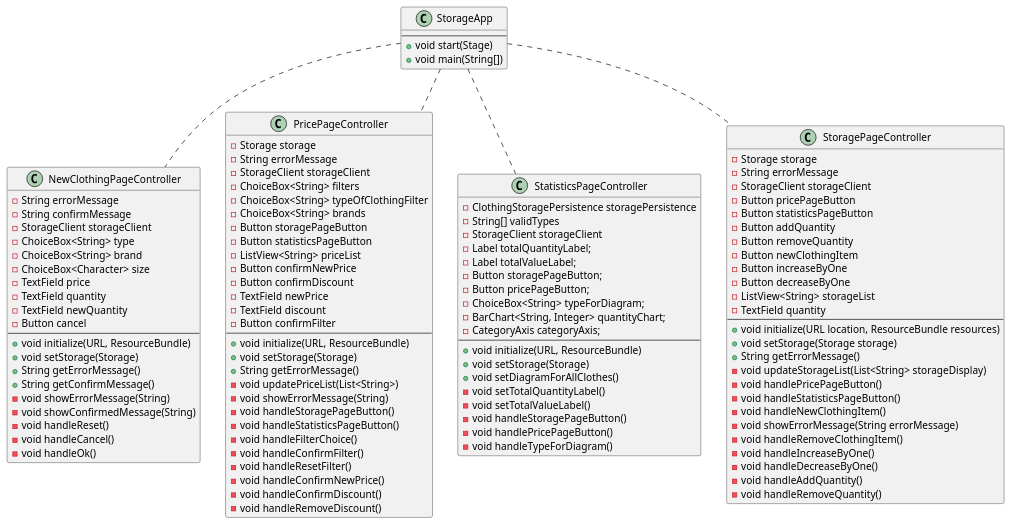
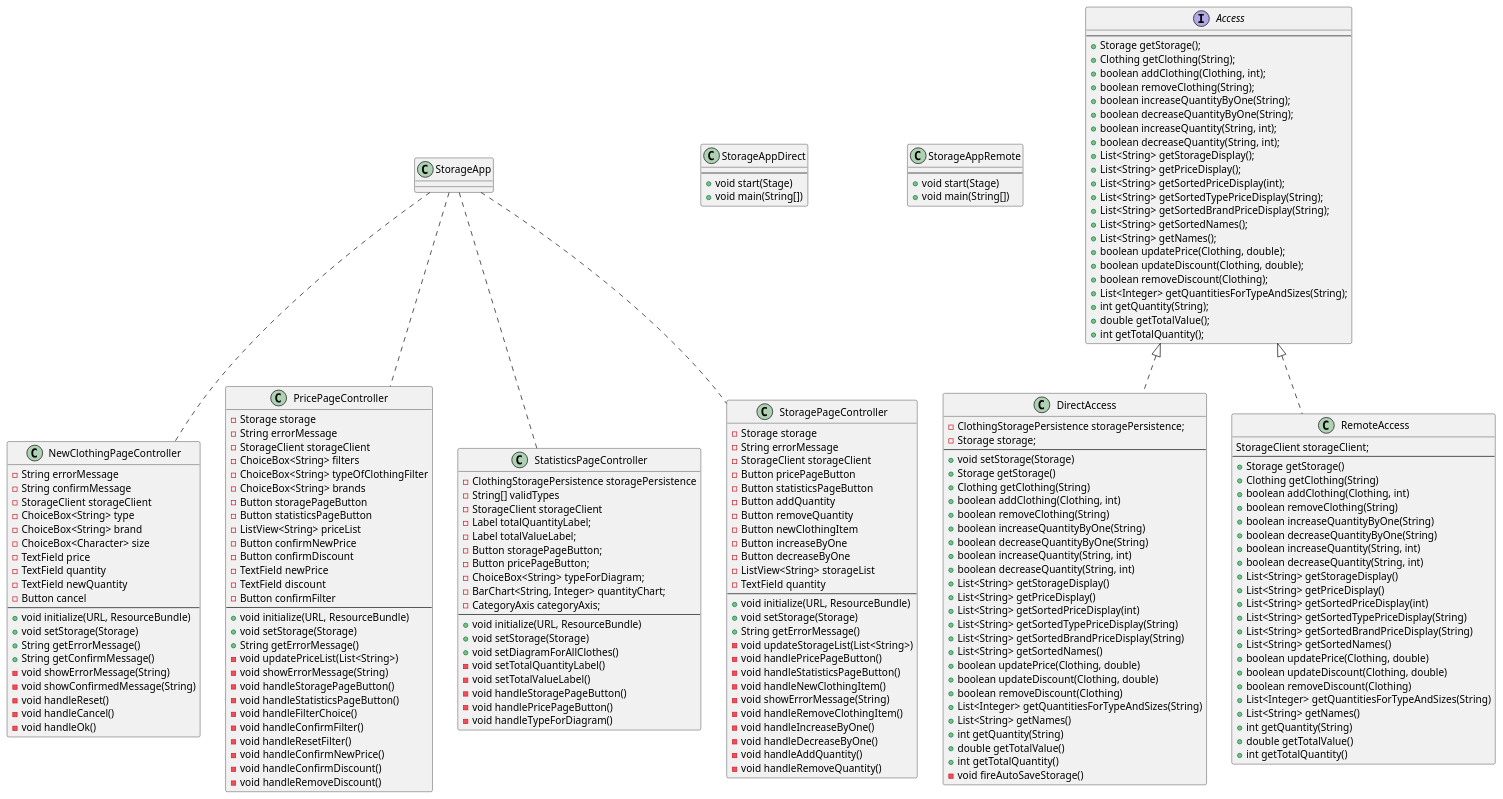
One commit to olejacobmellgren/clothingStorage changed the diagram in docs/release3/diagrams/uiClassDiagram.puml. Above: the diagram before and after it, drawn with PlantUML.

Commit message:
#39 Added classes to uiClassDiagram.puml
What: Added new classes to the ui class diagram

Why: Proper document the project

```diff
--- a/docs/release3/diagrams/uiClassDiagram.puml
+++ b/docs/release3/diagrams/uiClassDiagram.puml
@@ -95,14 +95,14 @@
     -ListView<String> storageList
     -TextField quantity
     --
-    +void initialize(URL location, ResourceBundle resources)
-    +void setStorage(Storage storage)
+    +void initialize(URL, ResourceBundle)
+    +void setStorage(Storage)
     +String getErrorMessage()
-    -void updateStorageList(List<String> storageDisplay)
+    -void updateStorageList(List<String>)
     -void handlePricePageButton()
     -void handleStatisticsPageButton()
     -void handleNewClothingItem()
-    -void showErrorMessage(String errorMessage)
+    -void showErrorMessage(String)
     -void handleRemoveClothingItem()
     -void handleIncreaseByOne()
     -void handleDecreaseByOne()
@@ -110,17 +110,112 @@
     -void handleRemoveQuantity()
 }
 
-class StorageApp
+
+class StorageAppDirect 
 {
     --
     +void start(Stage)
     +void main(String[])
 }
 
+class StorageAppRemote
+{
+    --
+    +void start(Stage)
+    +void main(String[])
+}
+
+interface Access
+{
+    --
+    +Storage getStorage();
+    +Clothing getClothing(String);
+    +boolean addClothing(Clothing, int);
+    +boolean removeClothing(String);
+    +boolean increaseQuantityByOne(String);
+    +boolean decreaseQuantityByOne(String);
+    +boolean increaseQuantity(String, int);
+    +boolean decreaseQuantity(String, int);
+    +List<String> getStorageDisplay();
+    +List<String> getPriceDisplay();
+    +List<String> getSortedPriceDisplay(int);
+    +List<String> getSortedTypePriceDisplay(String);
+    +List<String> getSortedBrandPriceDisplay(String);
+    +List<String> getSortedNames();
+    +List<String> getNames();
+    +boolean updatePrice(Clothing, double);
+    +boolean updateDiscount(Clothing, double);
+    +boolean removeDiscount(Clothing);
+    +List<Integer> getQuantitiesForTypeAndSizes(String);
+    +int getQuantity(String);
+    +double getTotalValue();
+    +int getTotalQuantity();
+}
+
+class DirectAccess
+{
+    -ClothingStoragePersistence storagePersistence;
+    -Storage storage;
+    --
+    +void setStorage(Storage)
+    +Storage getStorage()
+    +Clothing getClothing(String)
+    +boolean addClothing(Clothing, int)
+    +boolean removeClothing(String)
+    +boolean increaseQuantityByOne(String)
+    +boolean decreaseQuantityByOne(String)
+    +boolean increaseQuantity(String, int)
+    +boolean decreaseQuantity(String, int)
+    +List<String> getStorageDisplay()
+    +List<String> getPriceDisplay()
+    +List<String> getSortedPriceDisplay(int)
+    +List<String> getSortedTypePriceDisplay(String)
+    +List<String> getSortedBrandPriceDisplay(String)
+    +List<String> getSortedNames()
+    +boolean updatePrice(Clothing, double)
+    +boolean updateDiscount(Clothing, double)
+    +boolean removeDiscount(Clothing)
+    +List<Integer> getQuantitiesForTypeAndSizes(String)
+    +List<String> getNames()
+    +int getQuantity(String)
+    +double getTotalValue()
+    +int getTotalQuantity()
+    -void fireAutoSaveStorage()
+}
+
+class RemoteAccess 
+{
+    StorageClient storageClient;
+    --
+    +Storage getStorage()
+    +Clothing getClothing(String)
+    +boolean addClothing(Clothing, int)
+    +boolean removeClothing(String)
+    +boolean increaseQuantityByOne(String)
+    +boolean decreaseQuantityByOne(String)
+    +boolean increaseQuantity(String, int)
+    +boolean decreaseQuantity(String, int)
+    +List<String> getStorageDisplay()
+    +List<String> getPriceDisplay()
+    +List<String> getSortedPriceDisplay(int)
+    +List<String> getSortedTypePriceDisplay(String)
+    +List<String> getSortedBrandPriceDisplay(String)
+    +List<String> getSortedNames()
+    +boolean updatePrice(Clothing, double)
+    +boolean updateDiscount(Clothing, double)
+    +boolean removeDiscount(Clothing)
+    +List<Integer> getQuantitiesForTypeAndSizes(String)
+    +List<String> getNames()
+    +int getQuantity(String)
+    +double getTotalValue()
+    +int getTotalQuantity()
+}
+
 StorageApp .. NewClothingPageController
 StorageApp .. PricePageController
 StorageApp .. StatisticsPageController
 StorageApp .. StoragePageController
-
+Access <|.. DirectAccess
+Access <|.. RemoteAccess
 
 @enduml
```
